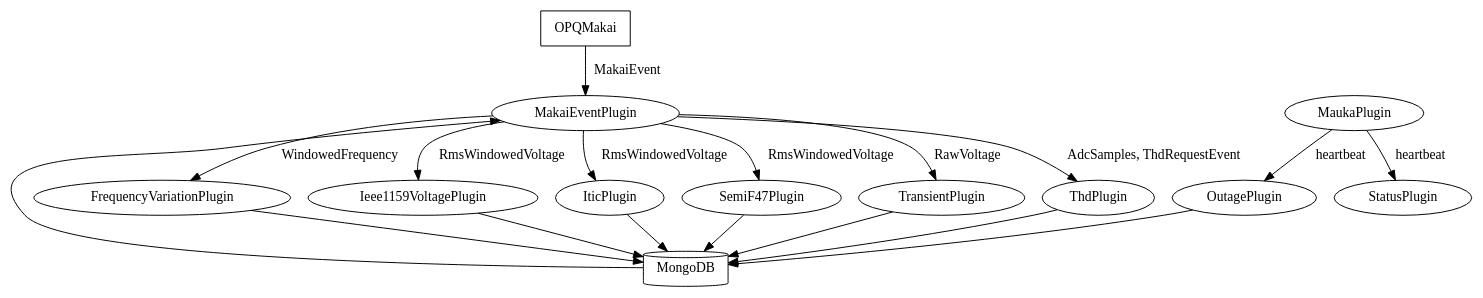
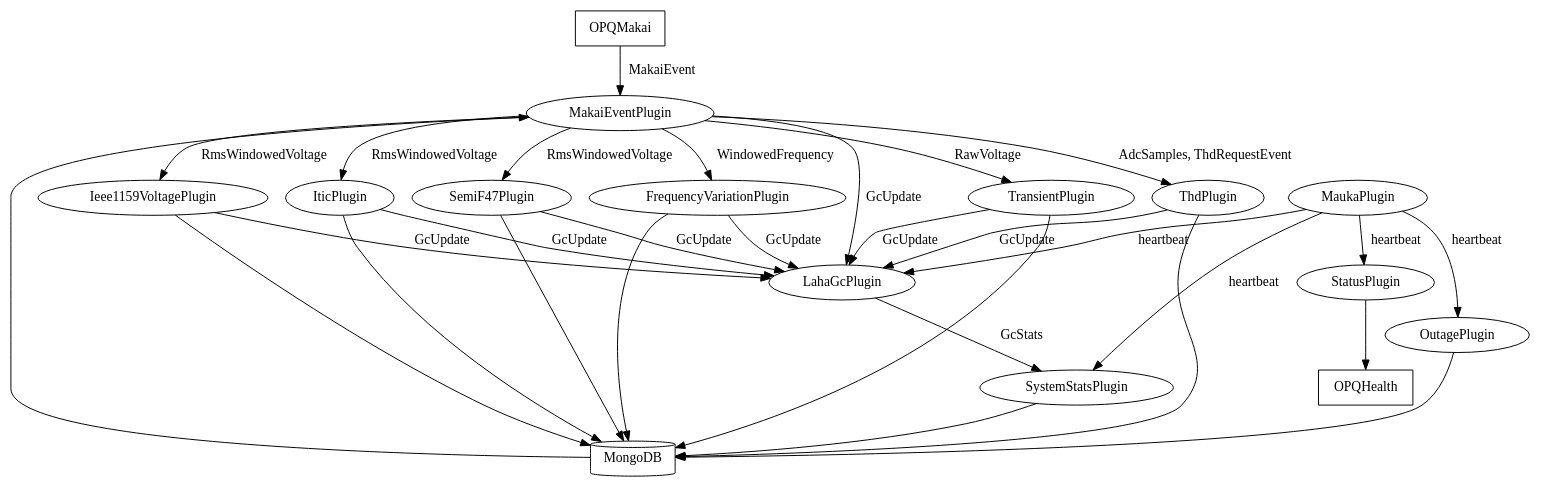
The diagram in docs/assets/mauka/mauka_functional_diagram.dot (openpowerquality/docusaurus), drawn with Graphviz before and after one commit. The commit also changed 4 other files, not shown here.

Commit message:
Update Mauka functional diagram.

```diff
--- a/docs/assets/mauka/mauka_functional_diagram.dot
+++ b/docs/assets/mauka/mauka_functional_diagram.dot
@@ -1,32 +1,52 @@
 digraph mauka_functional_diagram {
     // Define styles for certain nodes
     OPQMakai [shape=box];
     MongoDB [shape=cylinder];
+    OPQHealth [shape=box];
 
     // Coming from Makai
     OPQMakai -> MakaiEventPlugin [label="MakaiEvent"]
 
     // From MaukaPlugin
     MaukaPlugin -> OutagePlugin [label="heartbeat"]
     MaukaPlugin -> StatusPlugin [label="heartbeat"]
+    MaukaPlugin -> LahaGcPlugin [label="heartbeat"]
+    MaukaPlugin -> SystemStatsPlugin [label="heartbeat"]
 
     // Coming from MakaiEventPlugin
     MakaiEventPlugin -> FrequencyVariationPlugin [label="WindowedFrequency"]
     MakaiEventPlugin -> Ieee1159VoltagePlugin [label="RmsWindowedVoltage"]
     MakaiEventPlugin -> IticPlugin [label="RmsWindowedVoltage"]
     MakaiEventPlugin -> SemiF47Plugin [label="RmsWindowedVoltage"]
     MakaiEventPlugin -> TransientPlugin [label="RawVoltage"]
     MakaiEventPlugin -> ThdPlugin [label="AdcSamples, ThdRequestEvent"]
 
     // MongoDB In
     MongoDB -> MakaiEventPlugin
 
     // MongoDB Out
     FrequencyVariationPlugin -> MongoDB
     Ieee1159VoltagePlugin -> MongoDB
     IticPlugin -> MongoDB
     SemiF47Plugin -> MongoDB
     TransientPlugin -> MongoDB
     ThdPlugin -> MongoDB
     OutagePlugin -> MongoDB
+    SystemStatsPlugin -> MongoDB
+
+    // GC triggers
+    MakaiEventPlugin -> LahaGcPlugin [label="GcUpdate"]
+    FrequencyVariationPlugin -> LahaGcPlugin [label="GcUpdate"]
+    Ieee1159VoltagePlugin -> LahaGcPlugin [label="GcUpdate"]
+    IticPlugin -> LahaGcPlugin [label="GcUpdate"]
+    SemiF47Plugin -> LahaGcPlugin [label="GcUpdate"]
+    TransientPlugin -> LahaGcPlugin [label="GcUpdate"]
+    ThdPlugin -> LahaGcPlugin [label="GcUpdate"]
+
+    // Other GC
+    LahaGcPlugin -> SystemStatsPlugin [label="GcStats"]
+
+    // Misc
+    StatusPlugin -> OPQHealth
+
 }
```
